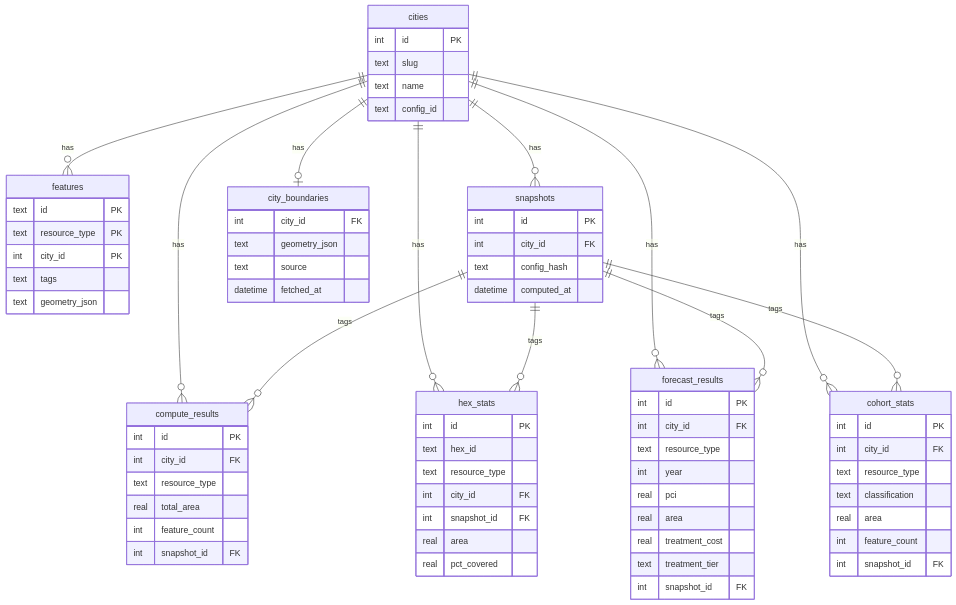
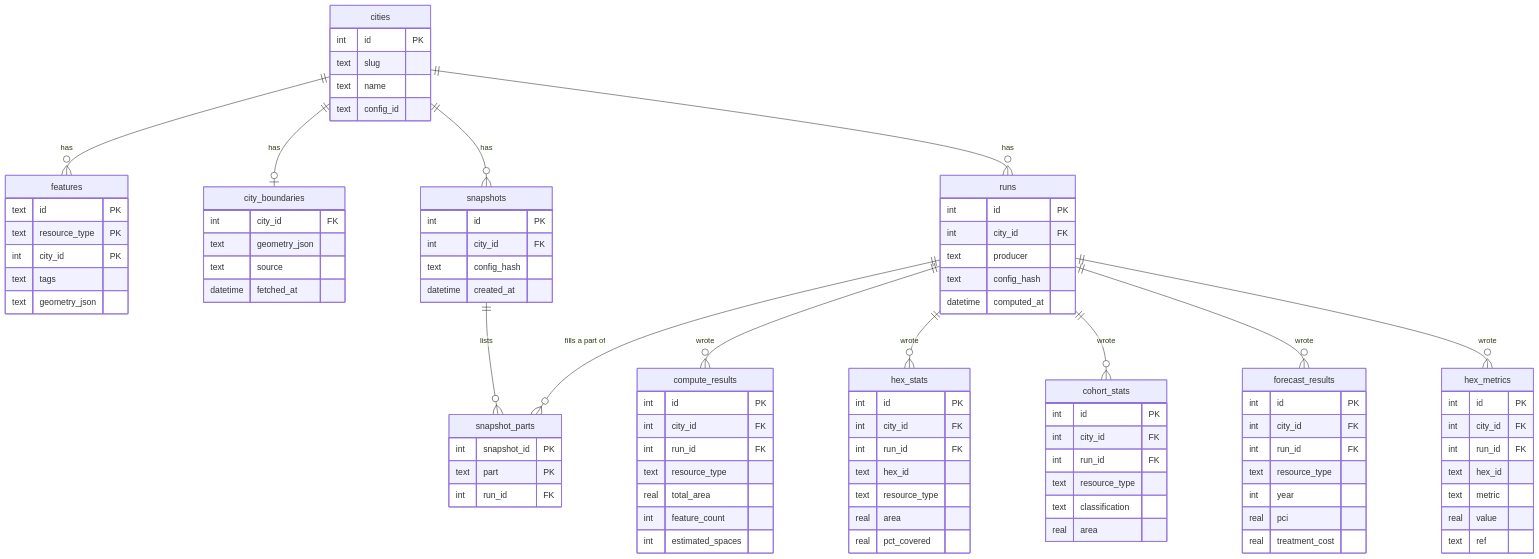
One commit to jcrussell/solvent-streets changed the fourth of 4 diagrams in docs/architecture.md. Above: the diagram before and after it, drawn with Mermaid. The commit also changed other lines of this file and 52 other files, not shown here.

````diff
--- a/docs/architecture.md
+++ b/docs/architecture.md
@@ -100,17 +100,17 @@
 ```mermaid
 erDiagram
     cities ||--o{ features : has
-    cities ||--o{ compute_results : has
-    cities ||--o{ hex_stats : has
-    cities ||--o{ forecast_results : has
-    cities ||--o{ cohort_stats : has
+    cities ||--o| city_boundaries : has
+    cities ||--o{ runs : has
     cities ||--o{ snapshots : has
-    cities ||--o| city_boundaries : has
 
-    snapshots ||--o{ compute_results : tags
-    snapshots ||--o{ hex_stats : tags
-    snapshots ||--o{ forecast_results : tags
-    snapshots ||--o{ cohort_stats : tags
+    snapshots ||--o{ snapshot_parts : lists
+    runs ||--o{ snapshot_parts : "fills a part of"
+    runs ||--o{ compute_results : wrote
+    runs ||--o{ hex_stats : wrote
+    runs ||--o{ cohort_stats : wrote
+    runs ||--o{ forecast_results : wrote
+    runs ||--o{ hex_metrics : wrote
 
     cities {
         int id PK
@@ -129,12 +129,6 @@
         text source
         datetime fetched_at
     }
-    snapshots {
-        int id PK
-        int city_id FK
-        text config_hash
-        datetime computed_at
-    }
     features {
         text id PK
         text resource_type PK
@@ -142,41 +136,66 @@
         text tags
         text geometry_json
     }
+    runs {
+        int id PK
+        int city_id FK
+        text producer
+        text config_hash
+        datetime computed_at
+    }
+    snapshots {
+        int id PK
+        int city_id FK
+        text config_hash
+        datetime created_at
+    }
+    snapshot_parts {
+        int snapshot_id PK
+        text part PK
+        int run_id FK
+    }
     compute_results {
         int id PK
         int city_id FK
+        int run_id FK
         text resource_type
         real total_area
         int feature_count
-        int snapshot_id FK
+        int estimated_spaces
     }
     hex_stats {
         int id PK
+        int city_id FK
+        int run_id FK
         text hex_id
         text resource_type
-        int city_id FK
-        int snapshot_id FK
         real area
         real pct_covered
     }
     forecast_results {
         int id PK
         int city_id FK
+        int run_id FK
         text resource_type
         int year
         real pci
-        real area
         real treatment_cost
-        text treatment_tier
-        int snapshot_id FK
     }
     cohort_stats {
         int id PK
         int city_id FK
+        int run_id FK
         text resource_type
         text classification
         real area
-        int feature_count
-        int snapshot_id FK
+    }
+    hex_metrics {
+        int id PK
+        int city_id FK
+        int run_id FK
+        text hex_id
+        text metric
+        real value
+        text ref
     }
 ```
````
